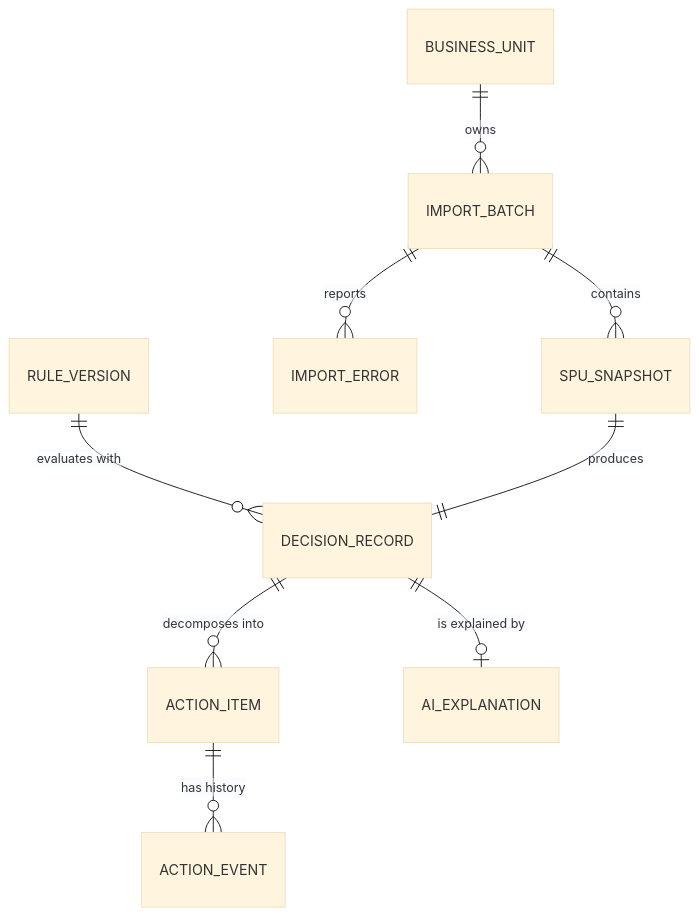
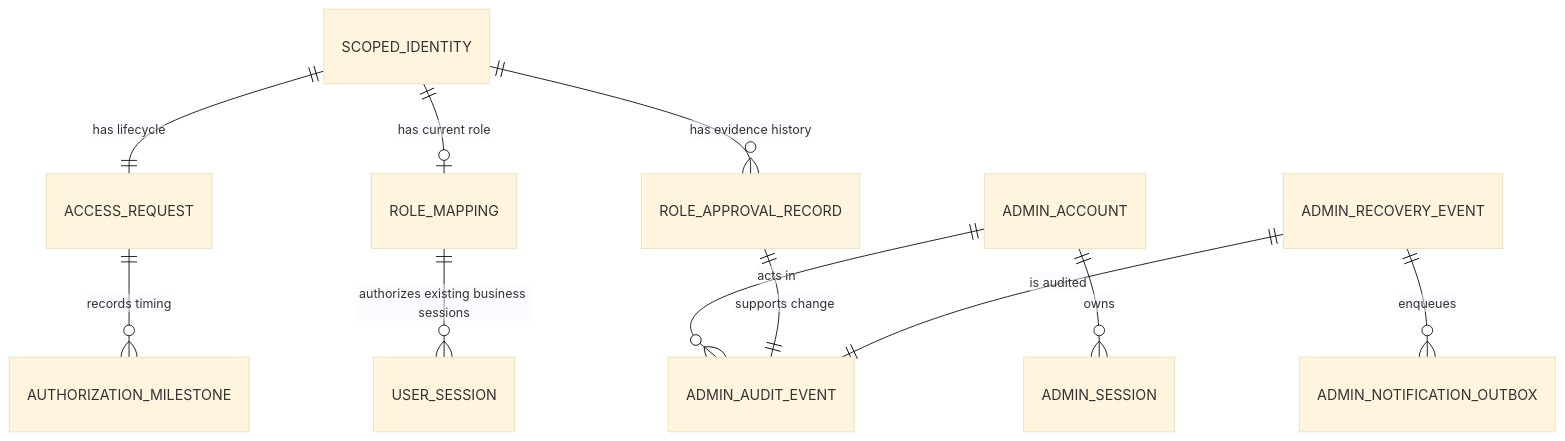
Before and after one commit to johnsonsmilequran/profit-decision-engine: the first of 7 diagrams in 趣然AI商品经营利润决策助手/drafts/r1-architect.md, drawn with Mermaid (base theme). The commit also changed other lines of this file and 2 other files, not shown here.

````diff
--- a/趣然AI商品经营利润决策助手/drafts/r1-architect.md
+++ b/趣然AI商品经营利润决策助手/drafts/r1-architect.md
@@ -176,11 +96,13 @@
 ```mermaid
 erDiagram
-    BUSINESS_UNIT ||--o{ IMPORT_BATCH : "owns"
-    IMPORT_BATCH ||--o{ SPU_SNAPSHOT : "contains"
-    IMPORT_BATCH ||--o{ IMPORT_ERROR : "reports"
-    RULE_VERSION ||--o{ DECISION_RECORD : "evaluates with"
-    SPU_SNAPSHOT ||--|| DECISION_RECORD : "produces"
-    DECISION_RECORD ||--o{ ACTION_ITEM : "decomposes into"
-    DECISION_RECORD ||--o| AI_EXPLANATION : "is explained by"
-    ACTION_ITEM ||--o{ ACTION_EVENT : "has history"
+    ADMIN_ACCOUNT ||--o{ ADMIN_SESSION : "owns"
+    ADMIN_ACCOUNT ||--o{ ADMIN_AUDIT_EVENT : "acts in"
+    SCOPED_IDENTITY ||--|| ACCESS_REQUEST : "has lifecycle"
+    SCOPED_IDENTITY ||--o| ROLE_MAPPING : "has current role"
+    SCOPED_IDENTITY ||--o{ ROLE_APPROVAL_RECORD : "has evidence history"
+    ROLE_APPROVAL_RECORD ||--|| ADMIN_AUDIT_EVENT : "supports change"
+    ROLE_MAPPING ||--o{ USER_SESSION : "authorizes existing business sessions"
+    ADMIN_RECOVERY_EVENT ||--o{ ADMIN_NOTIFICATION_OUTBOX : "enqueues"
+    ADMIN_RECOVERY_EVENT ||--|| ADMIN_AUDIT_EVENT : "is audited"
+    ACCESS_REQUEST ||--o{ AUTHORIZATION_MILESTONE : "records timing"
 ```
````
